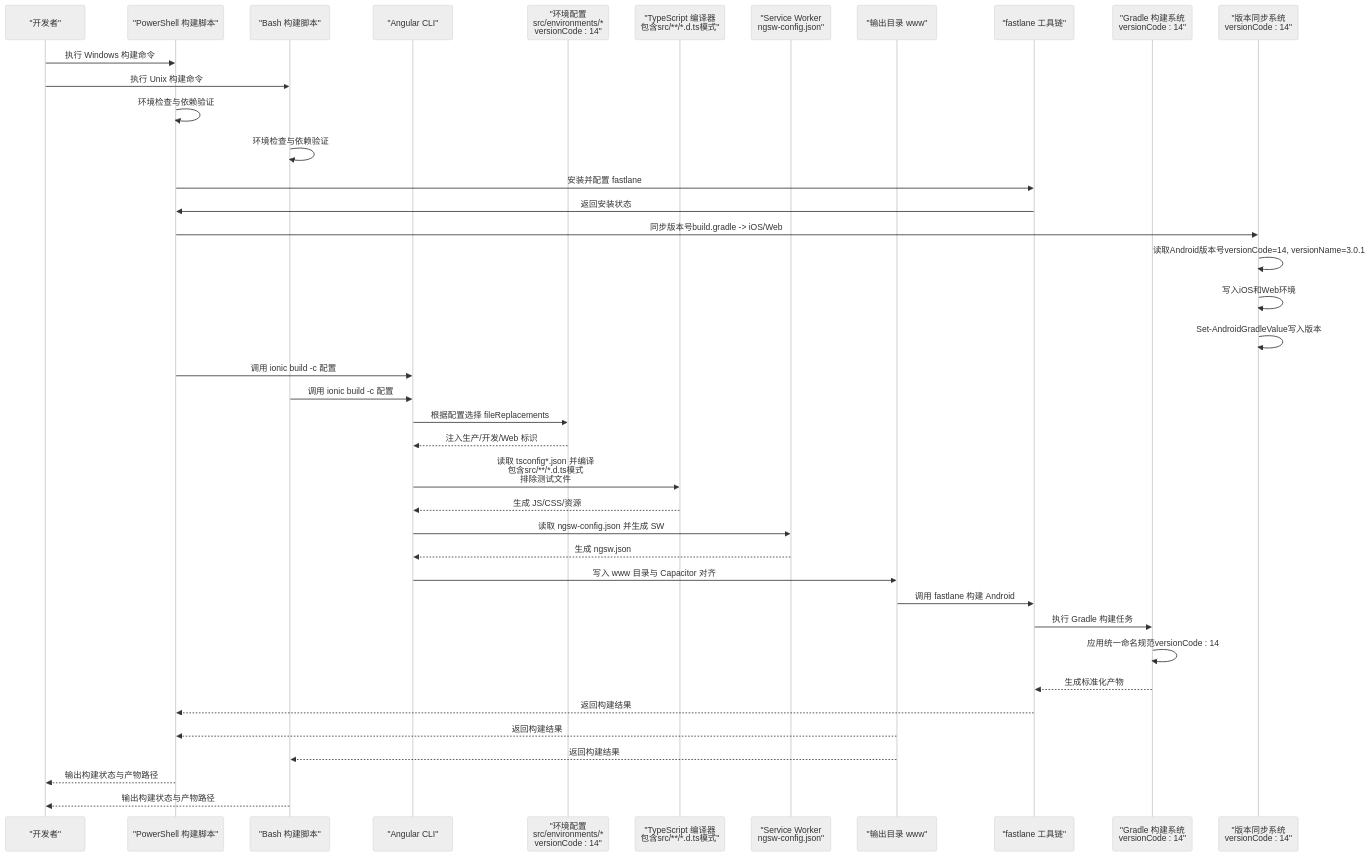
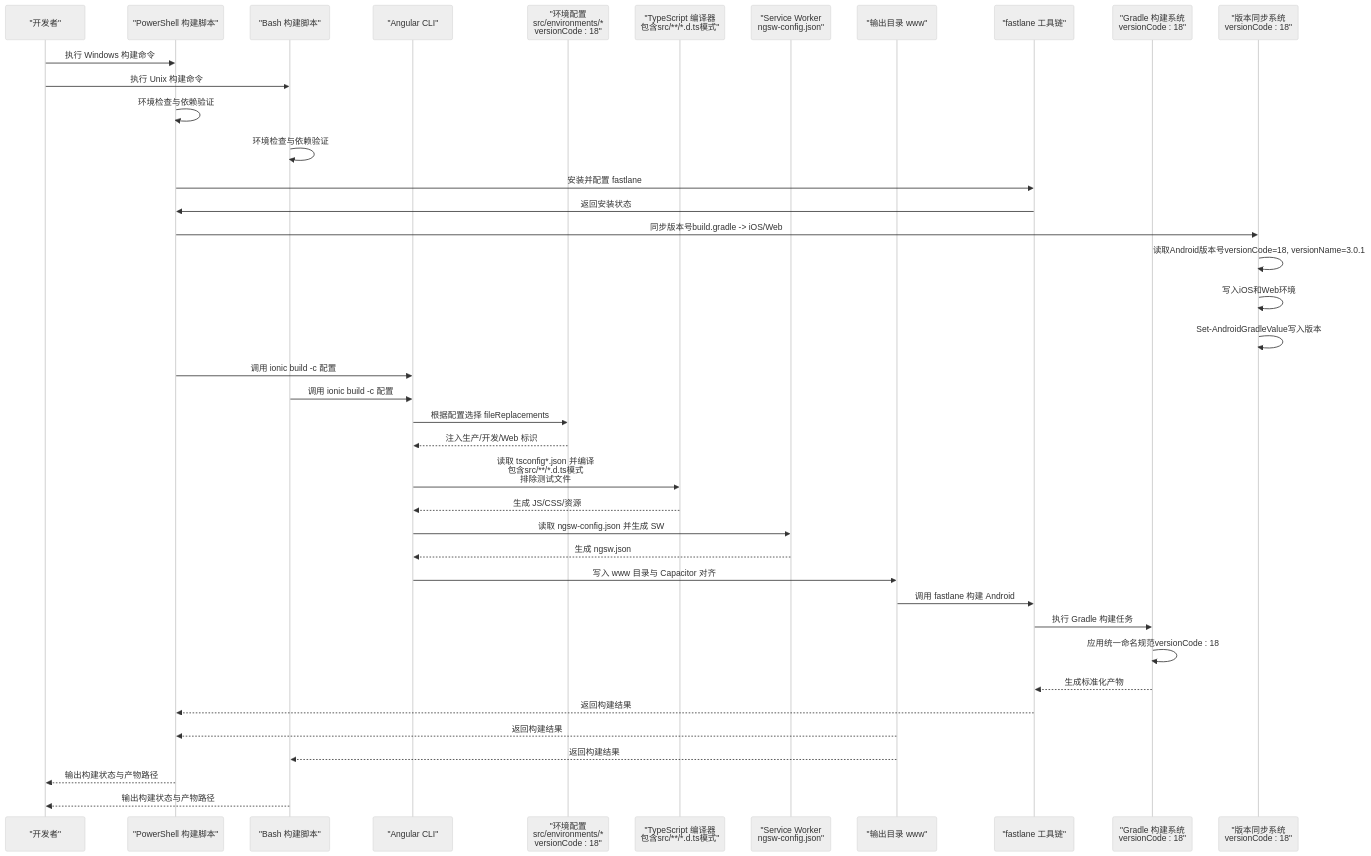
The second of 6 diagrams in .qoder/repowiki/zh/content/构建与部署/构建配置.md (tea4go/Macro-Deck-Client-App), drawn with Mermaid (neutral theme) before and after one commit. The commit also changed other lines of this file and 50 other files, not shown here.

````diff
--- a/.qoder/repowiki/zh/content/构建与部署/构建配置.md
+++ b/.qoder/repowiki/zh/content/构建与部署/构建配置.md
@@ -195,42 +195,42 @@
 ```mermaid
 sequenceDiagram
 participant Dev as "开发者"
 participant WinPS as "PowerShell 构建脚本"
 participant UnixSh as "Bash 构建脚本"
 participant CLI as "Angular CLI"
-participant Env as "环境配置<br/>src/environments/*<br/>versionCode : 14"
+participant Env as "环境配置<br/>src/environments/*<br/>versionCode : 18"
 participant TS as "TypeScript 编译器<br/>包含src/**/*.d.ts模式"
 participant SW as "Service Worker<br/>ngsw-config.json"
 participant Out as "输出目录 www"
 participant Fastlane as "fastlane 工具链"
-participant Gradle as "Gradle 构建系统<br/>versionCode : 14"
-participant VersionSync as "版本同步系统<br/>versionCode : 14"
+participant Gradle as "Gradle 构建系统<br/>versionCode : 18"
+participant VersionSync as "版本同步系统<br/>versionCode : 18"
 Dev->>WinPS : 执行 Windows 构建命令
 Dev->>UnixSh : 执行 Unix 构建命令
 WinPS->>WinPS : 环境检查与依赖验证
 UnixSh->>UnixSh : 环境检查与依赖验证
 WinPS->>Fastlane : 安装并配置 fastlane
 Fastlane->>WinPS : 返回安装状态
 WinPS->>VersionSync : 同步版本号build.gradle -> iOS/Web
-VersionSync->>VersionSync : 读取Android版本号versionCode=14, versionName=3.0.1
+VersionSync->>VersionSync : 读取Android版本号versionCode=18, versionName=3.0.1
 VersionSync->>VersionSync : 写入iOS和Web环境
 VersionSync->>VersionSync : Set-AndroidGradleValue写入版本
 WinPS->>CLI : 调用 ionic build -c 配置
 UnixSh->>CLI : 调用 ionic build -c 配置
 CLI->>Env : 根据配置选择 fileReplacements
 Env-->>CLI : 注入生产/开发/Web 标识
 CLI->>TS : 读取 tsconfig*.json 并编译<br/>包含src/**/*.d.ts模式<br/>排除测试文件
 TS-->>CLI : 生成 JS/CSS/资源
 CLI->>SW : 读取 ngsw-config.json 并生成 SW
 SW-->>CLI : 生成 ngsw.json
 CLI->>Out : 写入 www 目录与 Capacitor 对齐
 Out->>Fastlane : 调用 fastlane 构建 Android
 Fastlane->>Gradle : 执行 Gradle 构建任务
-Gradle->>Gradle : 应用统一命名规范versionCode : 14
+Gradle->>Gradle : 应用统一命名规范versionCode : 18
 Gradle-->>Fastlane : 生成标准化产物
 Fastlane-->>WinPS : 返回构建结果
 Out-->>WinPS : 返回构建结果
 Out-->>UnixSh : 返回构建结果
 WinPS-->>Dev : 输出构建状态与产物路径
 UnixSh-->>Dev : 输出构建状态与产物路径
 ```
````
